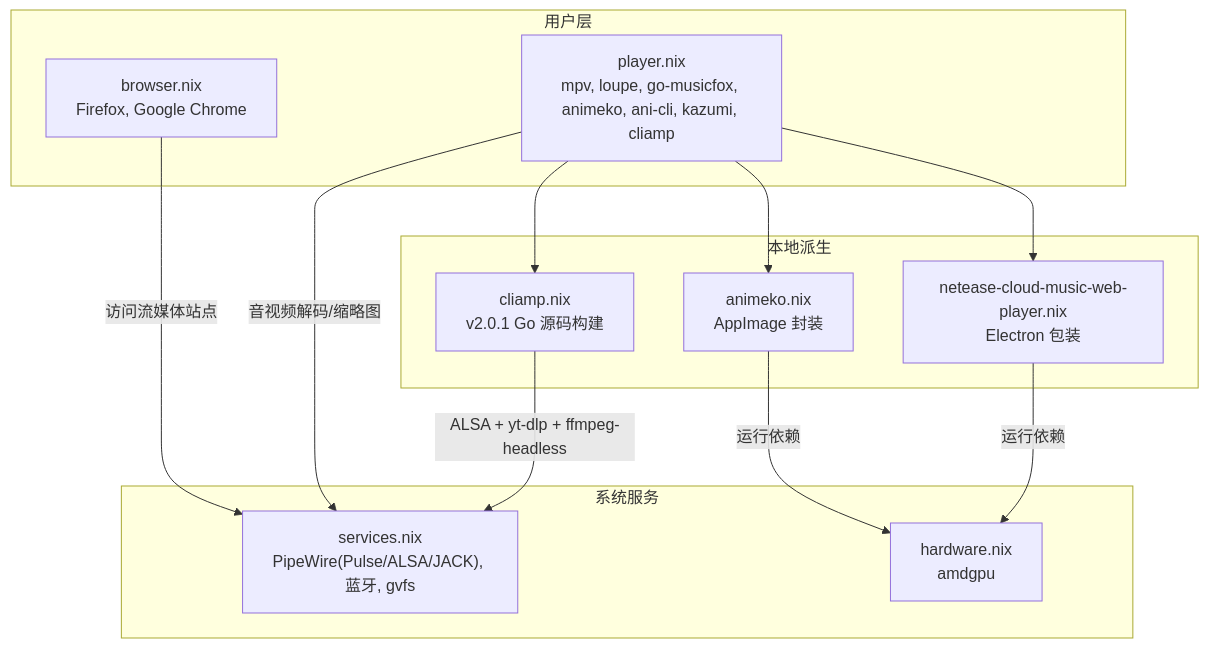
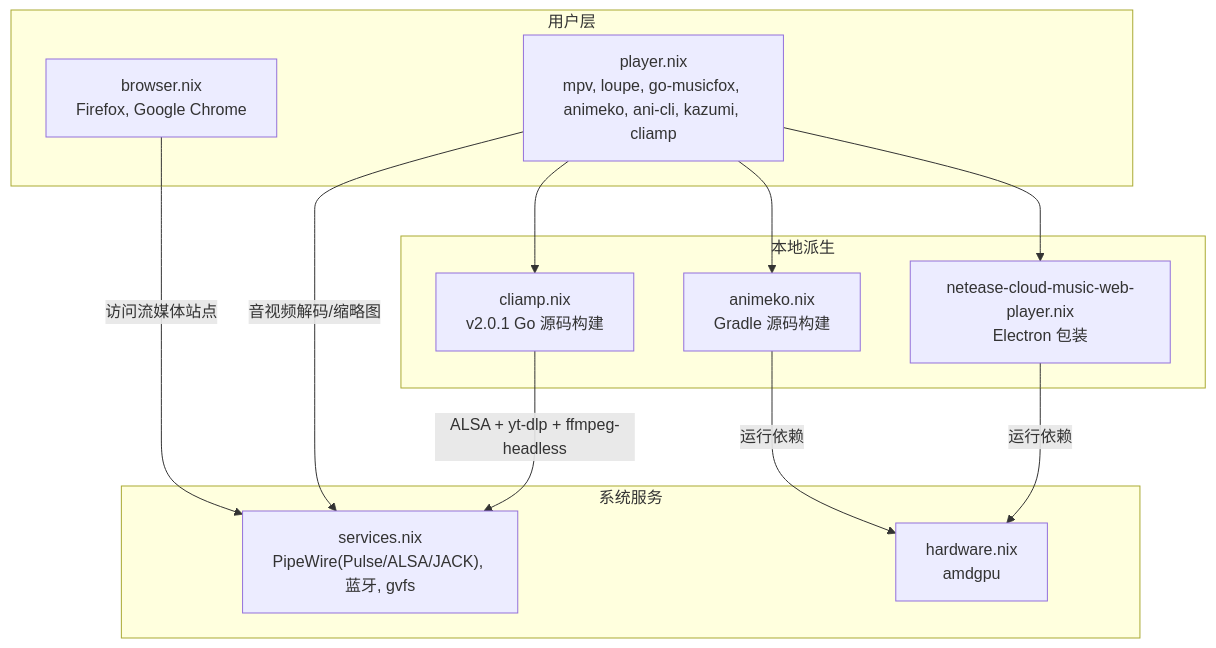
Before and after one commit to Shangshui0302/myNixOSConfig: the diagram in wiki/leisure/media.md, drawn with Mermaid. The commit also changed other lines of this file and 22 other files, not shown here.

````diff
--- a/wiki/leisure/media.md
+++ b/wiki/leisure/media.md
@@ -14,24 +14,24 @@
 ```mermaid
 graph TB
 subgraph "用户层"
 P["player.nix<br/>mpv, loupe, go-musicfox, animeko, ani-cli, kazumi, cliamp"]
 B["browser.nix<br/>Firefox, Google Chrome"]
 end
 subgraph "本地派生"
-A["animeko.nix<br/>AppImage 封装"]
+A["animeko.nix<br/>Gradle 源码构建"]
 N["netease-cloud-music-web-player.nix<br/>Electron 包装"]
 C["cliamp.nix<br/>v2.0.1 Go 源码构建"]
 end
 subgraph "系统服务"
 S["services.nix<br/>PipeWire(Pulse/ALSA/JACK), 蓝牙, gvfs"]
 H["hardware.nix<br/>amdgpu"]
 end
 P --> A
 P --> N
 P --> C
 B --> |"访问流媒体站点"| S
 P --> |"音视频解码/缩略图"| S
 A --> |"运行依赖"| H
 N --> |"运行依赖"| H
 C --> |"ALSA + yt-dlp + ffmpeg-headless"| S
 ```
````
